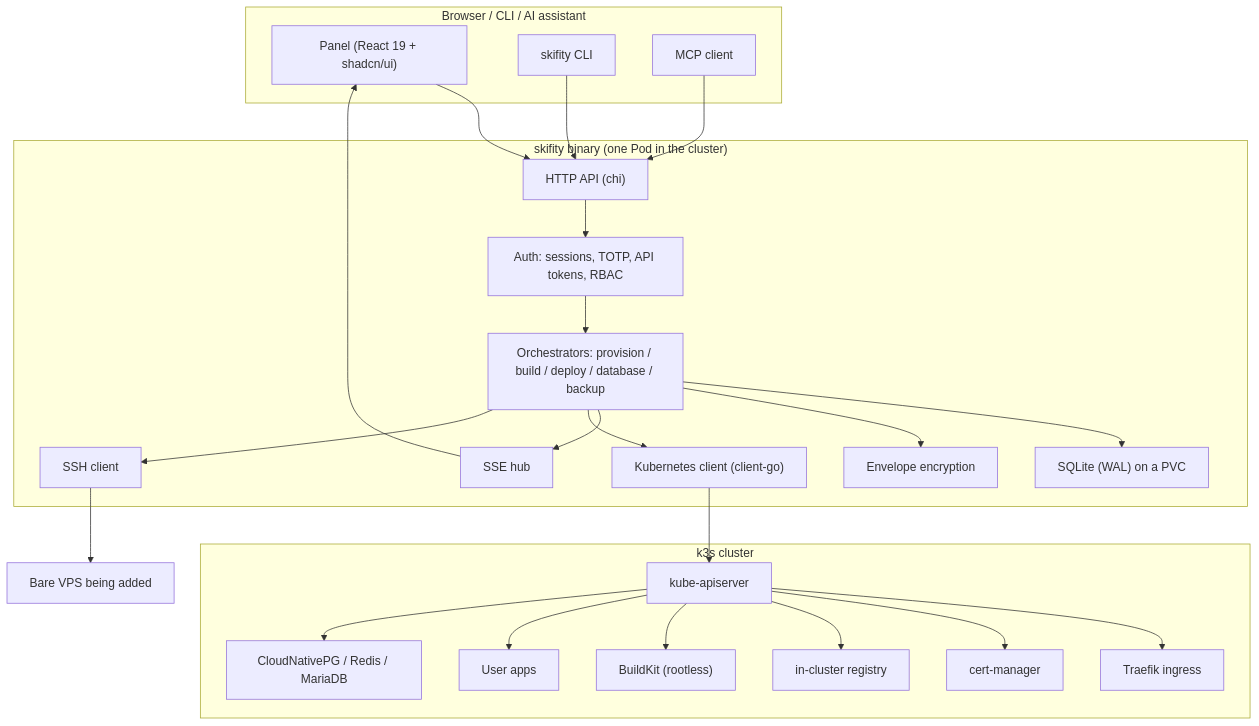
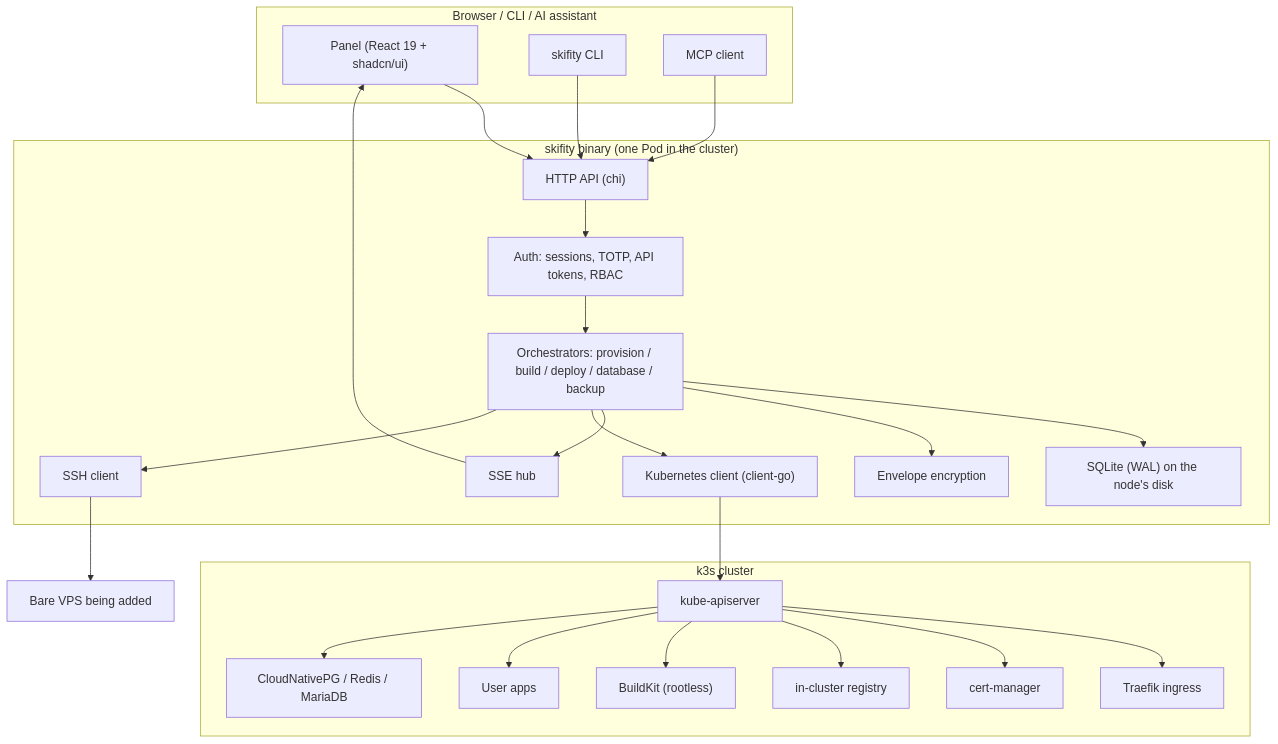
The first of 4 diagrams in docs/architecture.md (TegarTheGreat/Skifity), drawn with Mermaid before and after one commit. The commit also changed other lines of this file, not shown here.

First line of the commit message:
docs(architecture): say plainly whether Skifity is the cluster or a panel on one

````diff
--- a/docs/architecture.md
+++ b/docs/architecture.md
@@ -11,42 +56,42 @@
 ```mermaid
 flowchart TB
     subgraph browser["Browser / CLI / AI assistant"]
         UI["Panel (React 19 + shadcn/ui)"]
         CLI["skifity CLI"]
         MCP["MCP client"]
     end
 
     subgraph panel["skifity binary (one Pod in the cluster)"]
         API["HTTP API (chi)"]
         AUTH["Auth: sessions, TOTP, API tokens, RBAC"]
         CRYPTO["Envelope encryption"]
-        STORE["SQLite (WAL) on a PVC"]
+        STORE["SQLite (WAL) on the node's disk"]
         EVENTS["SSE hub"]
         ORCH["Orchestrators: provision / build / deploy / database / backup"]
         KUBE["Kubernetes client (client-go)"]
         SSH["SSH client"]
     end
 
     subgraph cluster["k3s cluster"]
         APIsrv["kube-apiserver"]
         TRAEFIK["Traefik ingress"]
         CM["cert-manager"]
         REG["in-cluster registry"]
         BK["BuildKit (rootless)"]
         APPS["User apps"]
         DBS["CloudNativePG / Redis / MariaDB"]
     end
 
     VPS["Bare VPS being added"]
 
     UI --> API
     CLI --> API
     MCP --> API
     API --> AUTH --> ORCH
     ORCH --> STORE
     ORCH --> CRYPTO
     ORCH --> EVENTS --> UI
     ORCH --> KUBE --> APIsrv
     ORCH --> SSH --> VPS
     APIsrv --> TRAEFIK & CM & REG & BK & APPS & DBS
 ```
````
